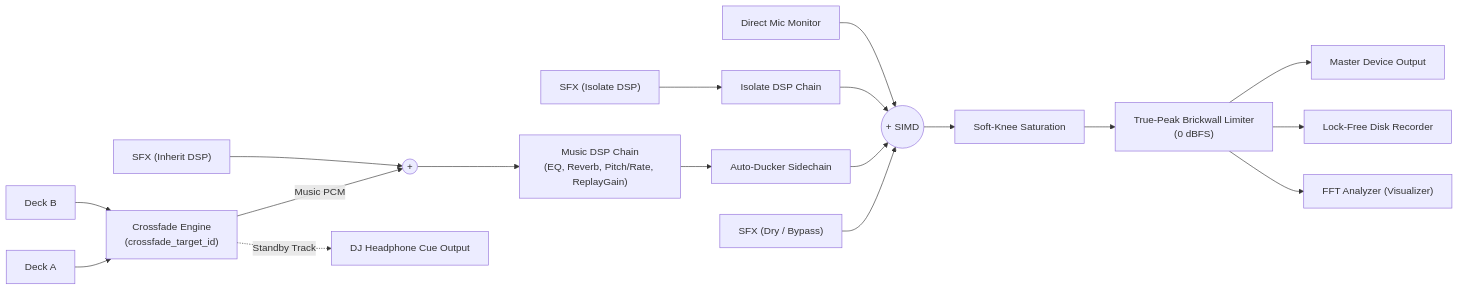
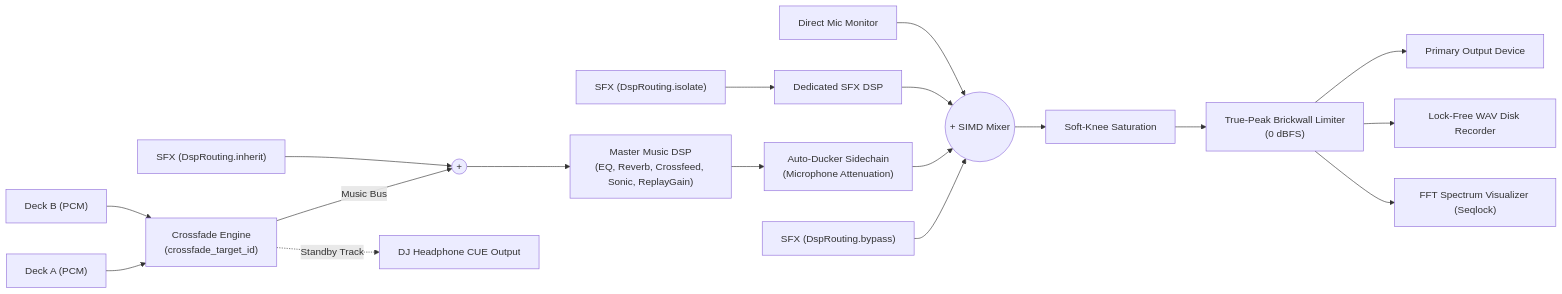
The sixth of 6 diagrams in docs/ARCHITECTURE.md (chomusuke-mk/miniaudio_player), drawn with Mermaid before and after one commit. The commit also changed other lines of this file and 4 other files, not shown here.

Commit message:
update architecture docs

````diff
--- a/docs/ARCHITECTURE.md
+++ b/docs/ARCHITECTURE.md
@@ -90,27 +317,27 @@
 ```mermaid
 flowchart LR
-    DeckA["Deck A"] --> XFade["Crossfade Engine\n(crossfade_target_id)"]
-    DeckB["Deck B"] --> XFade
+    DeckA["Deck A (PCM)"] --> XFade["Crossfade Engine\n(crossfade_target_id)"]
+    DeckB["Deck B (PCM)"] --> XFade
     
-    XFade -->|"Music PCM"| InheritSum(( + ))
-    VoicesInherit["SFX (Inherit DSP)"] --> InheritSum
+    XFade -->|"Music Bus"| InheritSum(( + ))
+    VoicesInherit["SFX (DspRouting.inherit)"] --> InheritSum
     
-    InheritSum --> MusicDSP["Music DSP Chain\n(EQ, Reverb, Pitch/Rate, ReplayGain)"]
-    MusicDSP --> AutoDucker["Auto-Ducker Sidechain"]
+    InheritSum --> MusicDSP["Master Music DSP\n(EQ, Reverb, Crossfeed, Sonic, ReplayGain)"]
+    MusicDSP --> AutoDucker["Auto-Ducker Sidechain\n(Microphone Attenuation)"]
     
-    VoicesIsolate["SFX (Isolate DSP)"] --> IsolateDSP["Isolate DSP Chain"]
+    VoicesIsolate["SFX (DspRouting.isolate)"] --> IsolateDSP["Dedicated SFX DSP"]
     
-    VoicesBypass["SFX (Dry / Bypass)"] --> SIMDSum(( + SIMD ))
+    VoicesBypass["SFX (DspRouting.bypass)"] --> SIMDSum(( + SIMD Mixer ))
     AutoDucker --> SIMDSum
     IsolateDSP --> SIMDSum
     DirectMic["Direct Mic Monitor"] --> SIMDSum
     
     SIMDSum --> SoftKnee["Soft-Knee Saturation"]
     SoftKnee --> Brickwall["True-Peak Brickwall Limiter\n(0 dBFS)"]
     
-    Brickwall --> MasterOut["Master Device Output"]
-    Brickwall --> RecSink["Lock-Free Disk Recorder"]
-    Brickwall --> FFTVisualizer["FFT Analyzer (Visualizer)"]
+    Brickwall --> MasterOut["Primary Output Device"]
+    Brickwall --> RecSink["Lock-Free WAV Disk Recorder"]
+    Brickwall --> FFTVisualizer["FFT Spectrum Visualizer (Seqlock)"]
     
-    XFade -.->|"Standby Track"| CueOut["DJ Headphone Cue Output"]
+    XFade -.->|"Standby Track"| CueOut["DJ Headphone CUE Output"]
 ```
````
